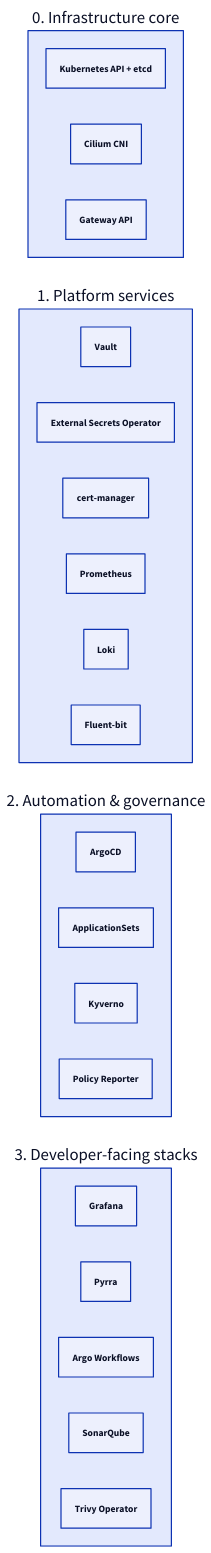
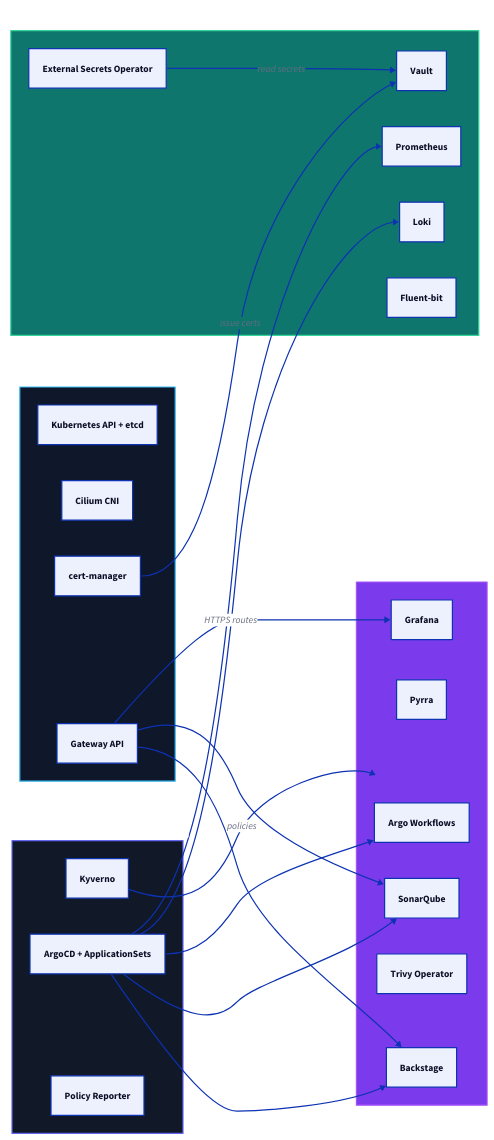
The second of 2 diagrams in Docs/architecture/overview.md (rou-cru/idp-blueprint), drawn with D2 before and after one commit. The commit also changed other lines of this file and 22 other files, not shown here.

````diff
--- a/Docs/architecture/overview.md
+++ b/Docs/architecture/overview.md
@@ -96,37 +110,60 @@
 ```d2
 direction: right
 
-Core: {
-  label: "0. Infrastructure core"
+classes: {
+  infra: { style.fill: "#0f172a"; style.stroke: "#38bdf8"; style.font-color: white }
+  svc:   { style.fill: "#0f766e"; style.stroke: "#34d399"; style.font-color: white }
+  gov:   { style.fill: "#111827"; style.stroke: "#6366f1"; style.font-color: white }
+  ux:    { style.fill: "#7c3aed"; style.stroke: "#a855f7"; style.font-color: white }
+}
+
+Infra: {
+  class: infra
+  label: "Infrastructure core"
   K8s: "Kubernetes API + etcd"
   Cilium: "Cilium CNI"
   Gateway: "Gateway API"
+  Cert: "cert-manager"
 }
 
 Services: {
-  label: "1. Platform services"
+  class: svc
+  label: "Platform services"
   Vault
   ESO: "External Secrets Operator"
-  Cert: "cert-manager"
   Prom: "Prometheus"
   Loki
-  FluentBit: "Fluent-bit"
+  Fluent: "Fluent-bit"
 }
 
 Governance: {
-  label: "2. Automation & governance"
-  ArgoCD
-  AppSets: "ApplicationSets"
+  class: gov
+  label: "Automation & governance"
+  Argo: "ArgoCD + ApplicationSets"
   Kyverno
-  PolicyReporter: "Policy Reporter"
+  Reporter: "Policy Reporter"
 }
 
-Stacks: {
-  label: "3. Developer-facing stacks"
+UX: {
+  class: ux
+  label: "Developer-facing"
   Grafana
   Pyrra
   Workflows: "Argo Workflows"
   Sonar: "SonarQube"
   Trivy: "Trivy Operator"
+  Backstage
 }
+
+Infra.Cert -> Services.Vault: "issue certs"
+Services.ESO -> Services.Vault: "read secrets"
+Governance.Argo -> Services.Prom
+Governance.Argo -> Services.Loki
+Governance.Argo -> UX.Workflows
+Governance.Argo -> UX.Sonar
+Governance.Argo -> UX.Backstage
+Governance.Kyverno -> UX.Workflows: "policies"
+Infra.Gateway -> UX.Grafana: "HTTPS routes"
+Infra.Gateway -> UX.Backstage
+Infra.Gateway -> UX.Sonar
 ```
````
